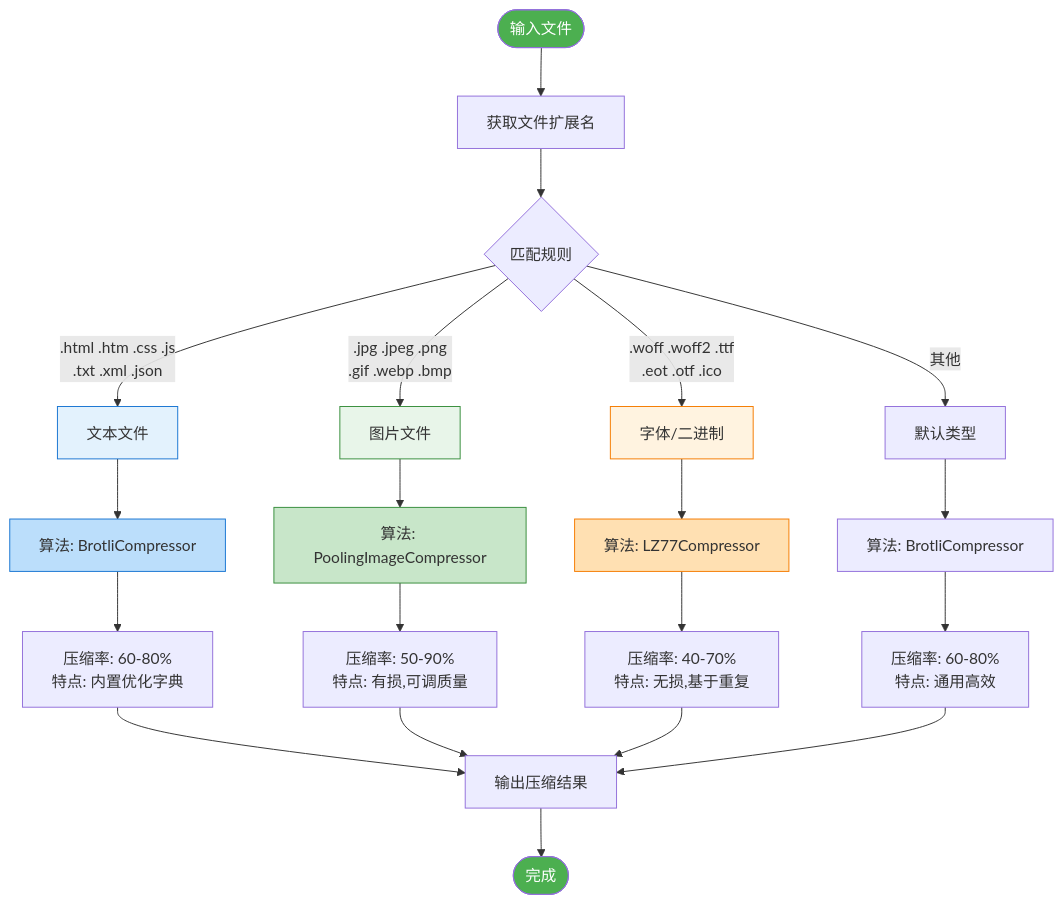
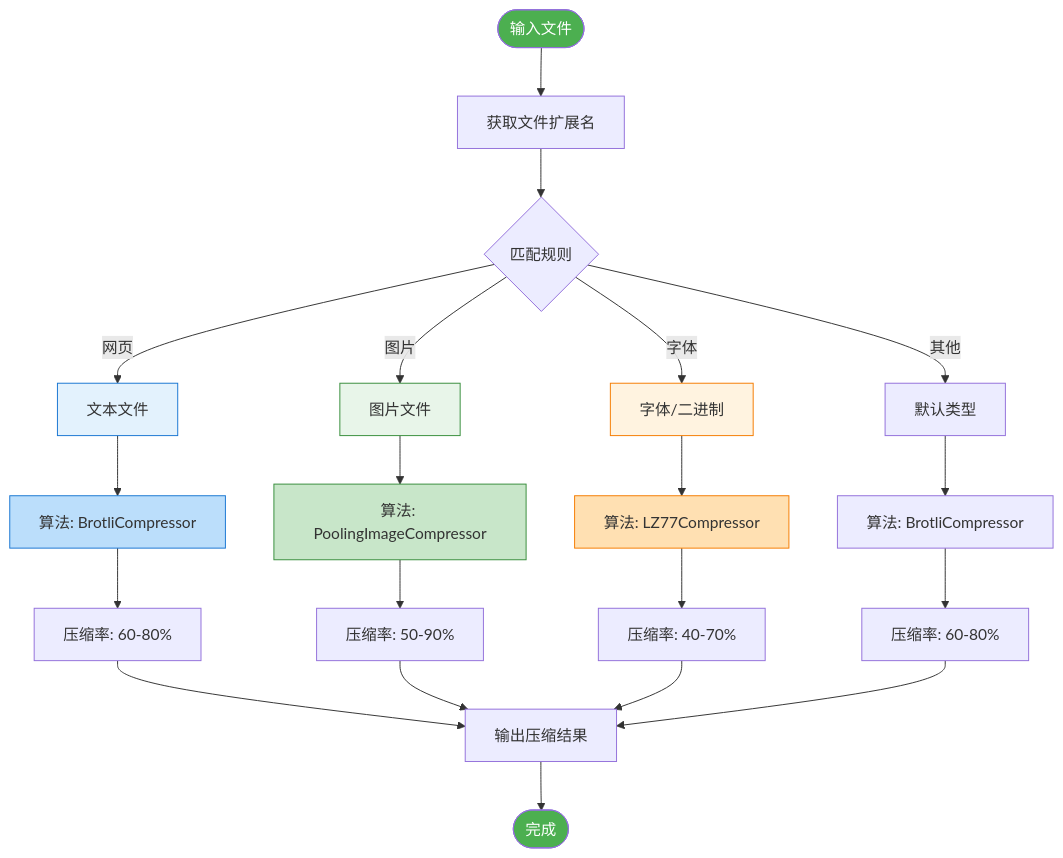
One commit to shadowdrop122/Webcompressor changed the fourth of 7 diagrams in README.md. Above: the diagram before and after it, drawn with Mermaid. The commit also changed other lines of this file and 68 other files, not shown here.

````diff
--- a/README.md
+++ b/README.md
@@ -503,37 +464,37 @@
 ```mermaid
 flowchart TD
     START([输入文件]) --> GET_EXT[获取文件扩展名]
 
     GET_EXT --> MATCH{匹配规则}
 
-    MATCH -->|.html .htm .css .js<br/>.txt .xml .json| TEXT[文本文件]
-    MATCH -->|.jpg .jpeg .png<br/>.gif .webp .bmp| IMAGE[图片文件]
-    MATCH -->|.woff .woff2 .ttf<br/>.eot .otf .ico| FONT[字体/二进制]
+    MATCH -->|网页| TEXT[文本文件]
+    MATCH -->|图片| IMAGE[图片文件]
+    MATCH -->|字体| FONT[字体/二进制]
     MATCH -->|其他| DEFAULT[默认类型]
 
-    TEXT --> ALGO1["算法: BrotliCompressor"]
-    IMAGE --> ALGO2["算法: PoolingImageCompressor"]
-    FONT --> ALGO3["算法: LZ77Compressor"]
-    DEFAULT --> ALGO4["算法: BrotliCompressor"]
+    TEXT --> ALGO1[算法: BrotliCompressor]
+    IMAGE --> ALGO2[算法: PoolingImageCompressor]
+    FONT --> ALGO3[算法: LZ77Compressor]
+    DEFAULT --> ALGO4[算法: BrotliCompressor]
 
-    ALGO1 --> RESULT1["压缩率: 60-80%<br/>特点: 内置优化字典"]
-    ALGO2 --> RESULT2["压缩率: 50-90%<br/>特点: 有损,可调质量"]
-    ALGO3 --> RESULT3["压缩率: 40-70%<br/>特点: 无损,基于重复"]
-    ALGO4 --> RESULT4["压缩率: 60-80%<br/>特点: 通用高效"]
+    ALGO1 --> RESULT1[压缩率: 60-80%]
+    ALGO2 --> RESULT2[压缩率: 50-90%]
+    ALGO3 --> RESULT3[压缩率: 40-70%]
+    ALGO4 --> RESULT4[压缩率: 60-80%]
 
     RESULT1 --> FINAL[输出压缩结果]
     RESULT2 --> FINAL
     RESULT3 --> FINAL
     RESULT4 --> FINAL
 
     FINAL --> END([完成])
 
     style START fill:#4CAF50,color:#fff
     style END fill:#4CAF50,color:#fff
     style TEXT fill:#E3F2FD,stroke:#1976D2
     style IMAGE fill:#E8F5E9,stroke:#388E3C
     style FONT fill:#FFF3E0,stroke:#F57C00
     style ALGO1 fill:#BBDEFB,stroke:#1976D2
     style ALGO2 fill:#C8E6C9,stroke:#388E3C
     style ALGO3 fill:#FFE0B2,stroke:#F57C00
 ```
````
